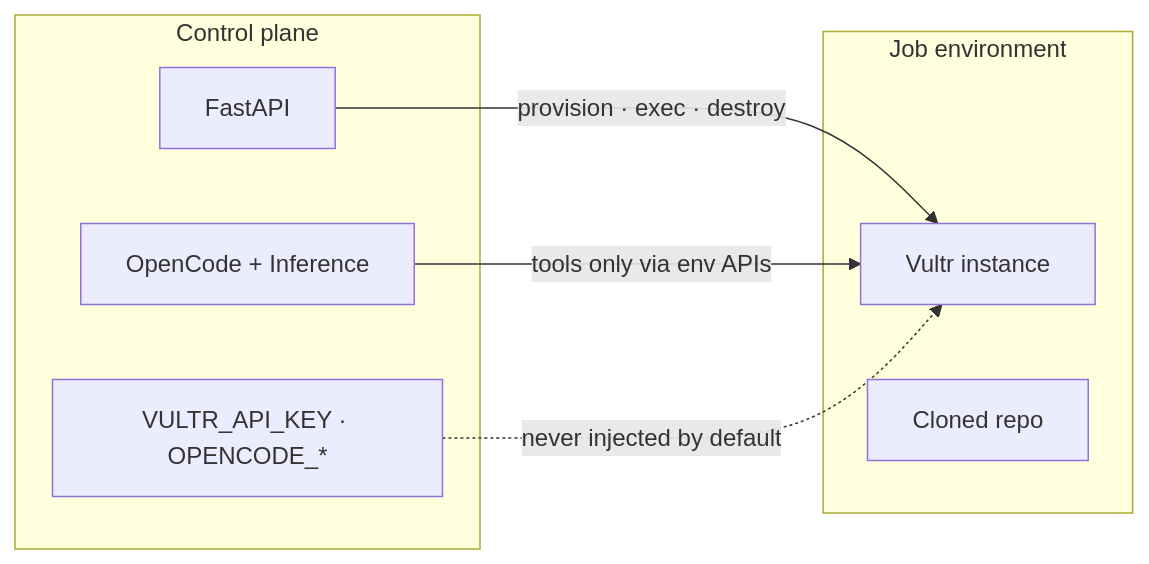
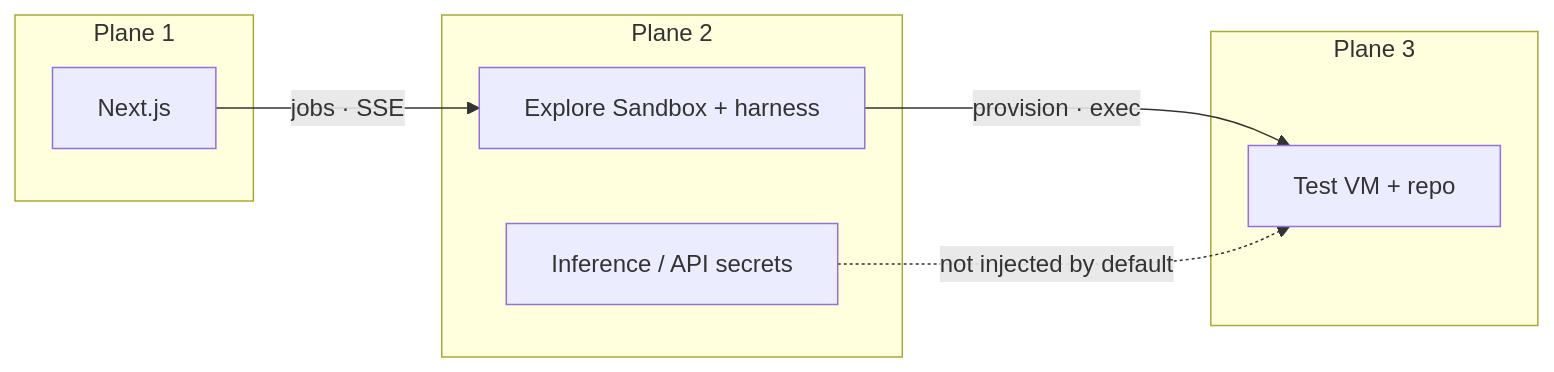
Before and after one commit to ludvigodin/killhub: the fourth of 4 diagrams in ARCHITECTURE.md, drawn with Mermaid. The commit also changed other lines of this file and 4 other files, not shown here.

Commit message:
Enhance architecture and implementation documentation for Killhub, detailing the three planes: Next.js frontend, Explore Sandbox, and Test VM. Introduce new implementation plans for each plane, outlining roles, responsibilities, and API interactions.

````diff
--- a/ARCHITECTURE.md
+++ b/ARCHITECTURE.md
@@ -196,15 +345,16 @@
 ```mermaid
 flowchart LR
-  subgraph controlPlane ["Control plane"]
-    API["FastAPI"]
-    Agent["OpenCode + Inference"]
-    Keys["VULTR_API_KEY · OPENCODE_*"]
+  subgraph p1 ["Plane 1"]
+    Next["Next.js"]
   end
-  subgraph dataPlane ["Job environment"]
-    Inst["Vultr instance"]
-    Repo["Cloned repo"]
+  subgraph p2 ["Plane 2"]
+    Sandbox["Explore Sandbox + harness"]
+    Keys["Inference / API secrets"]
   end
-  API -->|"provision · exec · destroy"| Inst
-  Agent -->|"tools only via env APIs"| Inst
-  Keys -.->|"never injected by default"| Inst
+  subgraph p3 ["Plane 3"]
+    TestVM["Test VM + repo"]
+  end
+  Next -->|"jobs · SSE"| Sandbox
+  Sandbox -->|"provision · exec"| TestVM
+  Keys -.->|"not injected by default"| TestVM
 ```
````
